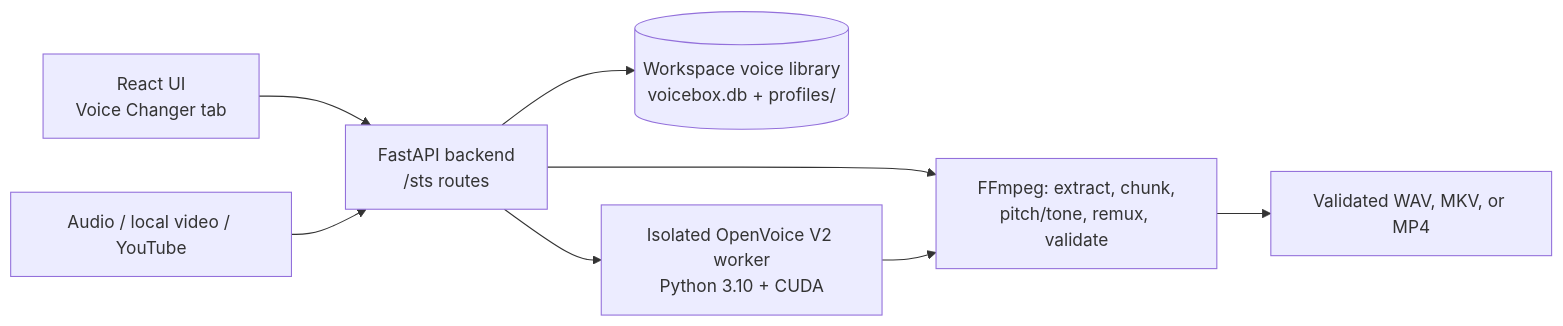
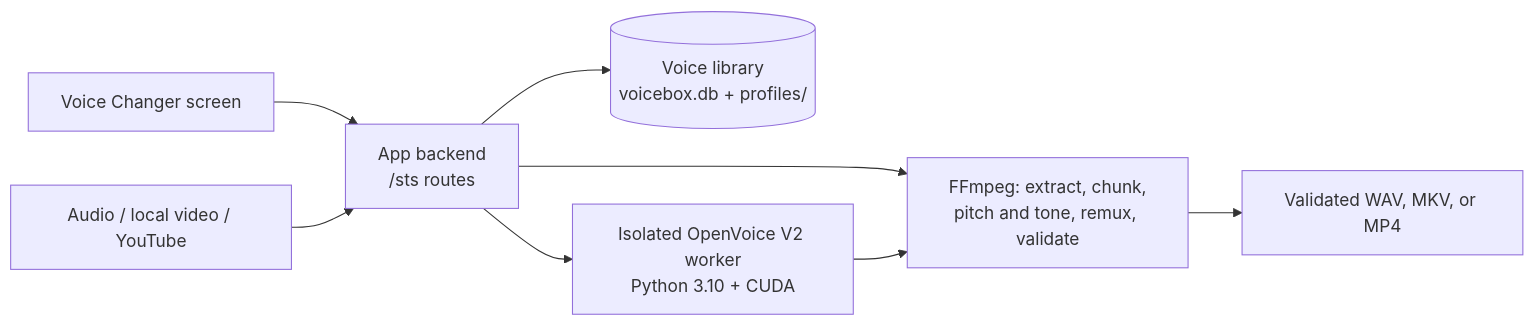
The diagram in README.md (Digitalgods2/Voicebox-Bridge-Studio), drawn with Mermaid before and after one commit. The commit also changed other lines of this file and 3 other files, not shown here.

````diff
--- a/README.md
+++ b/README.md
@@ -46,10 +69,10 @@
 ```mermaid
 flowchart LR
-    UI[React UI\nVoice Changer tab] --> API[FastAPI backend\n/sts routes]
-    API --> DB[(Workspace voice library\nvoicebox.db + profiles/)]
+    UI[Voice Changer screen] --> API[App backend\n/sts routes]
+    API --> DB[(Voice library\nvoicebox.db + profiles/)]
     API --> OV[Isolated OpenVoice V2 worker\nPython 3.10 + CUDA]
     SRC[Audio / local video / YouTube] --> API
-    API --> FF[FFmpeg: extract, chunk,\npitch/tone, remux, validate]
+    API --> FF[FFmpeg: extract, chunk,\npitch and tone, remux, validate]
     OV --> FF
     FF --> OUT[Validated WAV, MKV, or MP4]
 ```
````
